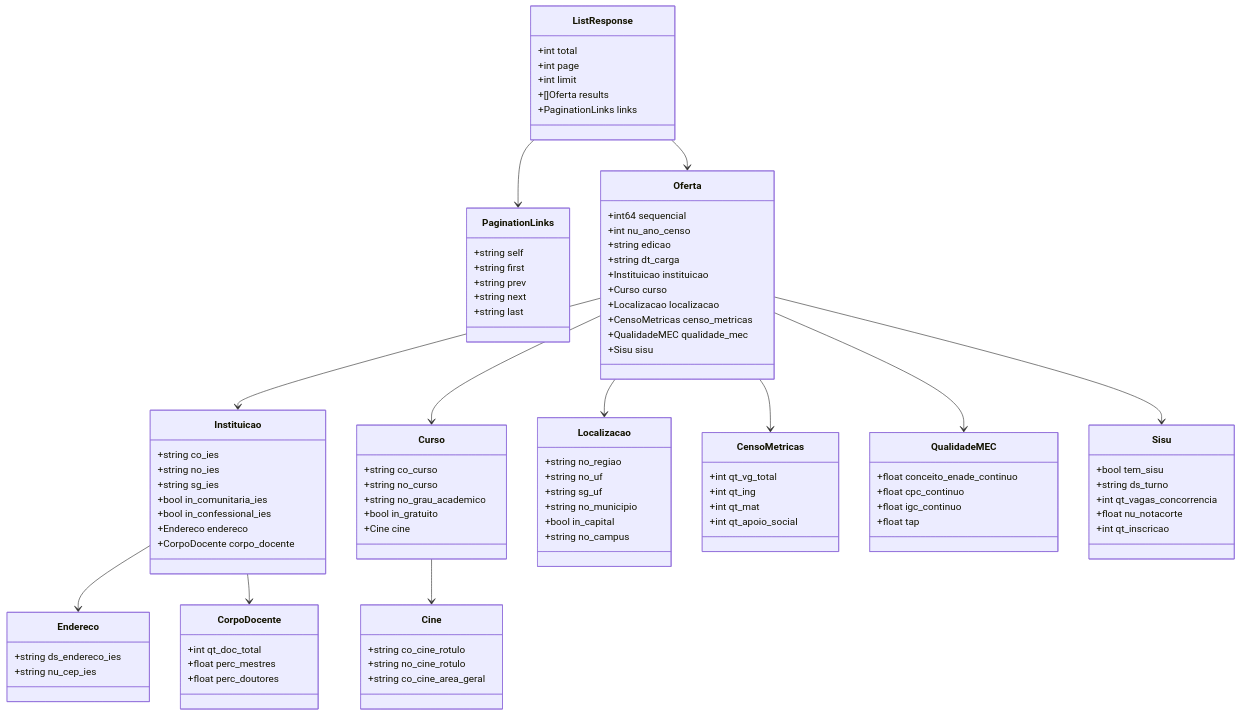
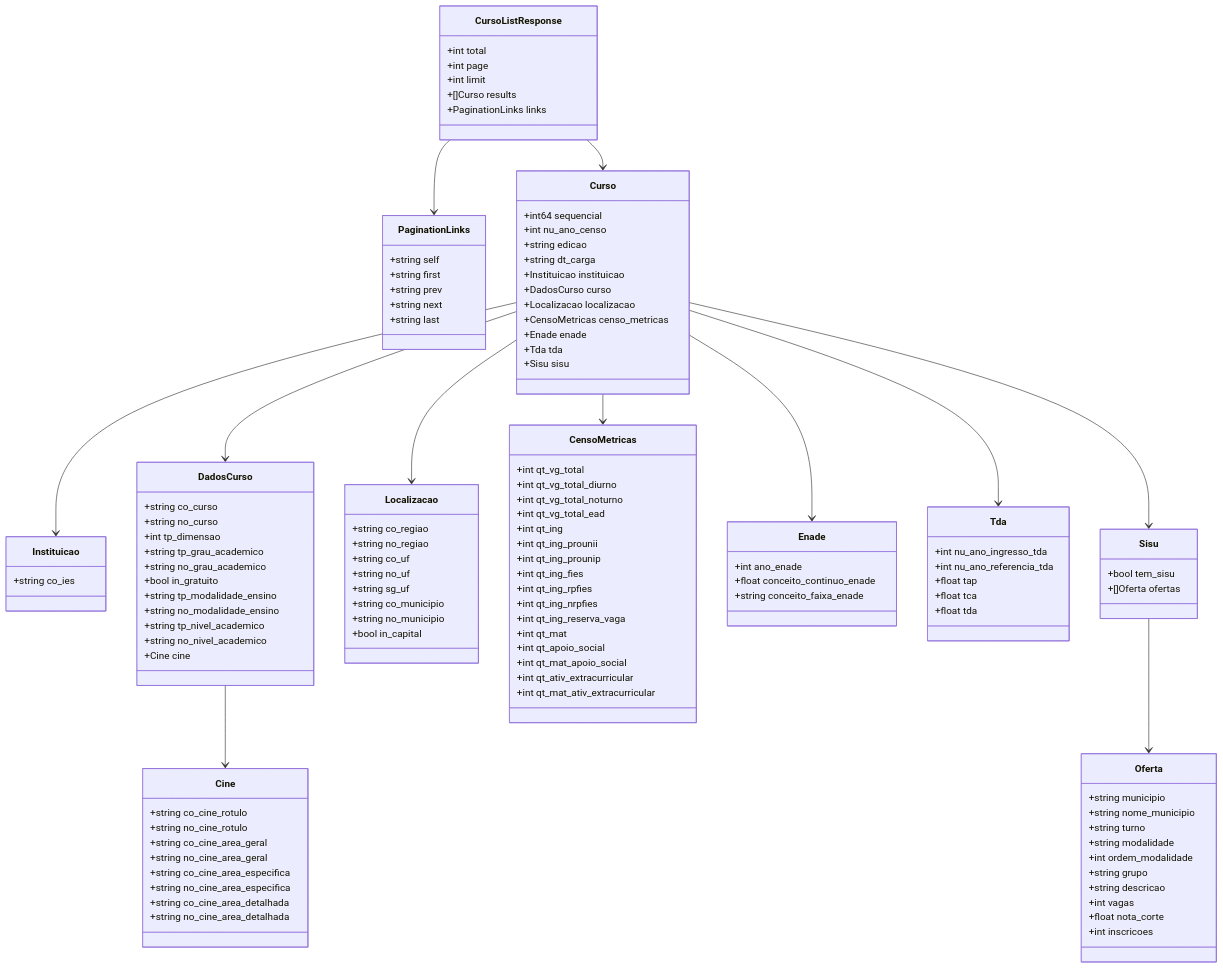
One commit to souciencia/sou_estudante changed the third of 3 diagrams in docs/diagramas/api.md. Above: the diagram before and after it, drawn with Mermaid. The commit also changed other lines of this file and 7 other files, not shown here.

````diff
--- a/docs/diagramas/api.md
+++ b/docs/diagramas/api.md
@@ -76,10 +76,10 @@
 ```mermaid
 classDiagram
-    class ListResponse {
+    class CursoListResponse {
         +int total
         +int page
         +int limit
-        +[]Oferta results
+        +[]Curso results
         +PaginationLinks links
     }
     class PaginationLinks {
@@ -89,85 +89,111 @@
         +string next
         +string last
     }
-    class Oferta {
+    class Curso {
         +int64 sequencial
         +int nu_ano_censo
         +string edicao
         +string dt_carga
         +Instituicao instituicao
-        +Curso curso
+        +DadosCurso curso
         +Localizacao localizacao
         +CensoMetricas censo_metricas
-        +QualidadeMEC qualidade_mec
+        +Enade enade
+        +Tda tda
         +Sisu sisu
     }
     class Instituicao {
         +string co_ies
-        +string no_ies
-        +string sg_ies
-        +bool in_comunitaria_ies
-        +bool in_confessional_ies
-        +Endereco endereco
-        +CorpoDocente corpo_docente
     }
-    class Curso {
+    class DadosCurso {
         +string co_curso
         +string no_curso
+        +int tp_dimensao
+        +string tp_grau_academico
         +string no_grau_academico
         +bool in_gratuito
+        +string tp_modalidade_ensino
+        +string no_modalidade_ensino
+        +string tp_nivel_academico
+        +string no_nivel_academico
         +Cine cine
     }
     class Localizacao {
+        +string co_regiao
         +string no_regiao
+        +string co_uf
         +string no_uf
         +string sg_uf
+        +string co_municipio
         +string no_municipio
         +bool in_capital
-        +string no_campus
     }
     class CensoMetricas {
         +int qt_vg_total
+        +int qt_vg_total_diurno
+        +int qt_vg_total_noturno
+        +int qt_vg_total_ead
         +int qt_ing
+        +int qt_ing_prounii
+        +int qt_ing_prounip
+        +int qt_ing_fies
+        +int qt_ing_rpfies
+        +int qt_ing_nrpfies
+        +int qt_ing_reserva_vaga
         +int qt_mat
         +int qt_apoio_social
+        +int qt_mat_apoio_social
+        +int qt_ativ_extracurricular
+        +int qt_mat_ativ_extracurricular
     }
-    class QualidadeMEC {
-        +float conceito_enade_continuo
-        +float cpc_continuo
-        +float igc_continuo
+    class Enade {
+        +int ano_enade
+        +float conceito_continuo_enade
+        +string conceito_faixa_enade
+    }
+    class Tda {
+        +int nu_ano_ingresso_tda
+        +int nu_ano_referencia_tda
         +float tap
+        +float tca
+        +float tda
     }
     class Sisu {
         +bool tem_sisu
-        +string ds_turno
-        +int qt_vagas_concorrencia
-        +float nu_notacorte
-        +int qt_inscricao
+        +[]Oferta ofertas
+    }
+    class Oferta {
+        +string municipio
+        +string nome_municipio
+        +string turno
+        +string modalidade
+        +int ordem_modalidade
+        +string grupo
+        +string descricao
+        +int vagas
+        +float nota_corte
+        +int inscricoes
     }
     class Cine {
         +string co_cine_rotulo
         +string no_cine_rotulo
         +string co_cine_area_geral
-    }
-    class Endereco {
-        +string ds_endereco_ies
-        +string nu_cep_ies
-    }
-    class CorpoDocente {
-        +int qt_doc_total
-        +float perc_mestres
-        +float perc_doutores
+        +string no_cine_area_geral
+        +string co_cine_area_especifica
+        +string no_cine_area_especifica
+        +string co_cine_area_detalhada
+        +string no_cine_area_detalhada
     }
 
-    ListResponse --> PaginationLinks
-    ListResponse --> Oferta
-    Oferta --> Instituicao
-    Oferta --> Curso
-    Oferta --> Localizacao
-    Oferta --> CensoMetricas
-    Oferta --> QualidadeMEC
-    Oferta --> Sisu
-    Instituicao --> Endereco
-    Instituicao --> CorpoDocente
-    Curso --> Cine
+    CursoListResponse --> PaginationLinks
+    CursoListResponse --> Curso
+    Curso --> Instituicao
+    Curso --> DadosCurso
+    Curso --> Localizacao
+    Curso --> CensoMetricas
+    Curso --> Enade
+    Curso --> Tda
+    Curso --> Sisu
+    Sisu --> Oferta
+    DadosCurso --> Cine
 ```
````
